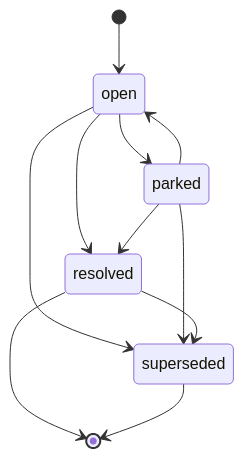
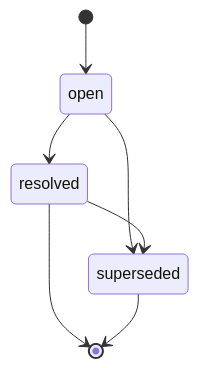
One commit to shirayner/ace changed the second of 3 diagrams in tmpdoc/requirement-understanding-skill-design/design.md. Above: the diagram before and after it, drawn with Mermaid. The commit also changed other lines of this file and 14 other files, not shown here.

````diff
--- a/tmpdoc/requirement-understanding-skill-design/design.md
+++ b/tmpdoc/requirement-understanding-skill-design/design.md
@@ -541,17 +553,11 @@
 ```mermaid
 stateDiagram-v2
     [*] --> open
 
     open --> resolved
-    open --> parked
     open --> superseded
-
-    parked --> open
-    parked --> resolved
-    parked --> superseded
-
     resolved --> superseded
 
     resolved --> [*]
     superseded --> [*]
 ```
````
